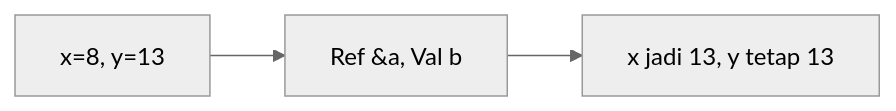
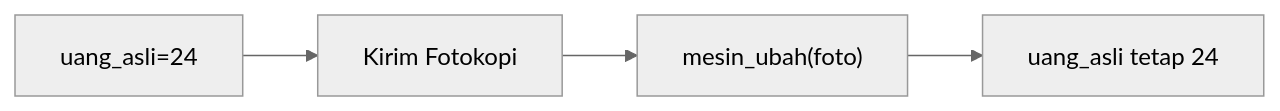
One commit to amnahwaida/OSNK_INF_PREP changed the fifth of 25 diagrams in part-c-pemahaman-cpp/04-fungsi/latihan/set-03.md. Above: the diagram before and after it, drawn with Mermaid (neutral theme). The commit also changed other lines of this file and 71 other files, not shown here.

````diff
--- a/part-c-pemahaman-cpp/04-fungsi/latihan/set-03.md
+++ b/part-c-pemahaman-cpp/04-fungsi/latihan/set-03.md
@@ -127,5 +133,6 @@
 ```mermaid
 graph LR
-A["x=8, y=13"] --> B["Ref &a, Val b"]
-B --> C["x jadi 13, y tetap 13"]
+A["uang_asli=24"] --> B["Kirim Fotokopi"]
+B --> C["mesin_ubah(foto)"]
+C --> D["uang_asli tetap 24"]
 ```
````
